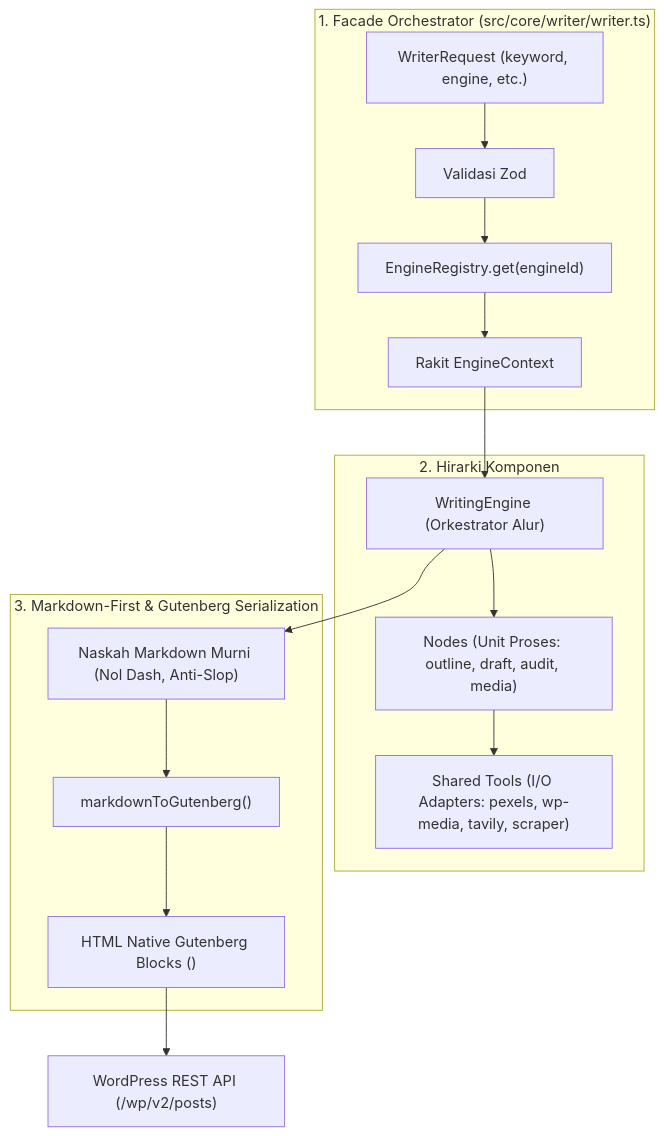
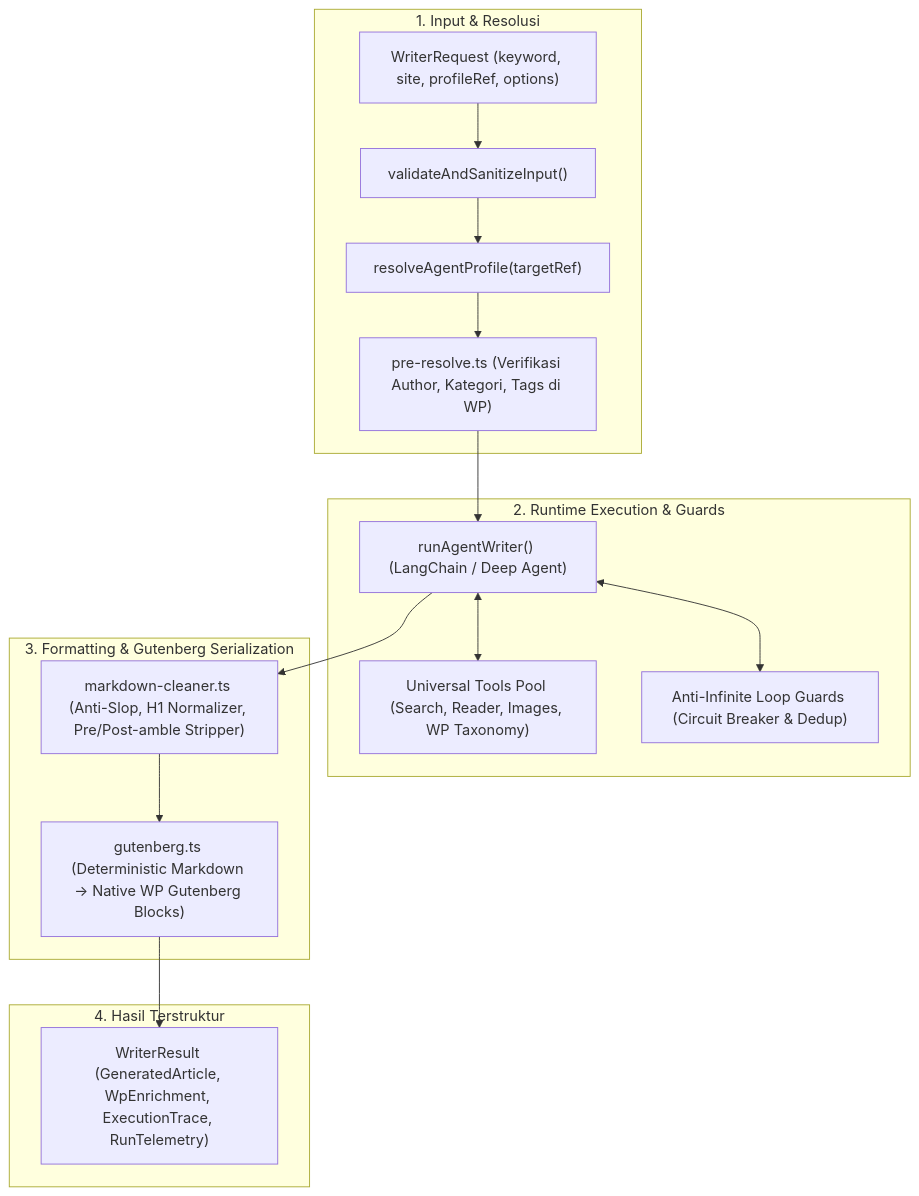
The third of 4 diagrams in ARCHITECTURE.md (erzawansyah/wp-autopost-dashboard), drawn with Mermaid before and after one commit. The commit also changed other lines of this file and 4 other files, not shown here.

First line of the commit message:
feat: Revamp README and system-writer architecture documentation

````diff
--- a/ARCHITECTURE.md
+++ b/ARCHITECTURE.md
@@ -383,27 +382,30 @@
 ```mermaid
 flowchart TD
-    subgraph Facade["1. Facade Orchestrator (src/core/writer/writer.ts)"]
-        REQ["WriterRequest (keyword, engine, etc.)"] --> VAL["Validasi Zod"]
-        VAL --> REG["EngineRegistry.get(engineId)"]
-        REG --> CTX["Rakit EngineContext"]
+    subgraph Input["1. Input & Resolusi"]
+        REQ["WriterRequest (keyword, site, profileRef, options)"]
+        VAL["validateAndSanitizeInput()"]
+        PROF["resolveAgentProfile(targetRef)"]
+        PRE["pre-resolve.ts (Verifikasi Author, Kategori, Tags di WP)"]
+        REQ --> VAL --> PROF --> PRE
     end
 
-    subgraph Hierarchy["2. Hirarki Komponen"]
-        ENGINE["WritingEngine (Orkestrator Alur)"]
-        NODE["Nodes (Unit Proses: outline, draft, audit, media)"]
-        TOOL["Shared Tools (I/O Adapters: pexels, wp-media, tavily, scraper)"]
-        ENGINE --> NODE
-        NODE --> TOOL
+    subgraph Runtime["2. Runtime Execution & Guards"]
+        AGENT["runAgentWriter() (LangChain / Deep Agent)"]
+        TOOLS["Universal Tools Pool (Search, Reader, Images, WP Taxonomy)"]
+        GUARDS["Anti-Infinite Loop Guards (Circuit Breaker & Dedup)"]
+        PRE --> AGENT
+        AGENT <--> GUARDS
+        AGENT <--> TOOLS
     end
 
-    subgraph Output["3. Markdown-First & Gutenberg Serialization"]
-        MD["Naskah Markdown Murni (Nol Dash, Anti-Slop)"]
-        SERIALIZER["markdownToGutenberg()"]
-        WP_BLOCKS["HTML Native Gutenberg Blocks (<!-- wp:... -->)"]
-        MD --> SERIALIZER --> WP_BLOCKS
+    subgraph Formatting["3. Formatting & Gutenberg Serialization"]
+        CLEAN["markdown-cleaner.ts (Anti-Slop, H1 Normalizer, Pre/Post-amble Stripper)"]
+        GUTEN["gutenberg.ts (Deterministic Markdown -> Native WP Gutenberg Blocks)"]
+        AGENT --> CLEAN --> GUTEN
     end
 
-    CTX --> ENGINE
-    ENGINE --> MD
-    WP_BLOCKS --> WP_REST["WordPress REST API (/wp/v2/posts)"]
+    subgraph Output["4. Hasil Terstruktur"]
+        RES["WriterResult (GeneratedArticle, WpEnrichment, ExecutionTrace, RunTelemetry)"]
+        GUTEN --> RES
+    end
 ```
````
